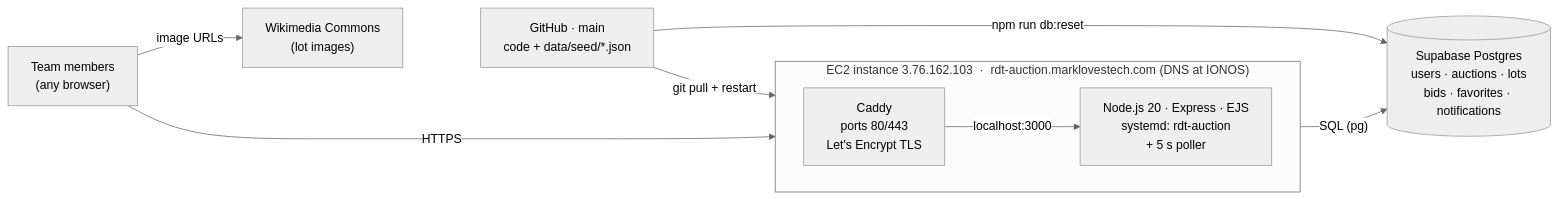
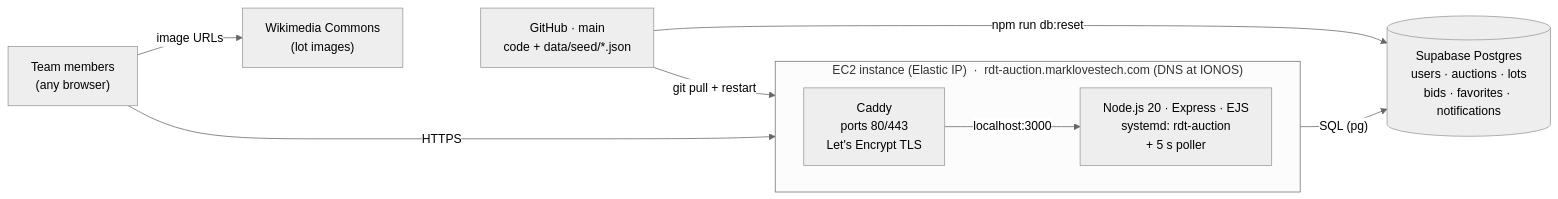
The diagram in docs/architecture.mmd (COG-GTM/realdreamteam), drawn with Mermaid (neutral theme) before and after one commit. The commit also changed 2 other files, not shown here.

```diff
--- a/docs/architecture.mmd
+++ b/docs/architecture.mmd
@@ -1,18 +1,18 @@
 flowchart LR
     U["Team members<br/>(any browser)"]
-    subgraph EC2["EC2 instance 3.76.162.103 &nbsp;·&nbsp; rdt-auction.marklovestech.com (DNS at IONOS)"]
+    subgraph EC2["EC2 instance (Elastic IP) &nbsp;·&nbsp; rdt-auction.marklovestech.com (DNS at IONOS)"]
         direction LR
         C["Caddy<br/>ports 80/443<br/>Let's Encrypt TLS"]
         N["Node.js 20 · Express · EJS<br/>systemd: rdt-auction<br/>+ 5 s poller"]
         C -->|"localhost:3000"| N
     end
     DB[("Supabase Postgres<br/>users · auctions · lots<br/>bids · favorites · notifications")]
     W["Wikimedia Commons<br/>(lot images)"]
     G["GitHub · main<br/>code + data/seed/*.json"]
 
     U -->|HTTPS| C
     N -->|"SQL (pg)"| DB
     G -->|"git pull + restart"| N
     G -->|"npm run db:reset"| DB
     U -->|"image URLs"| W
     W ~~~ G
```
